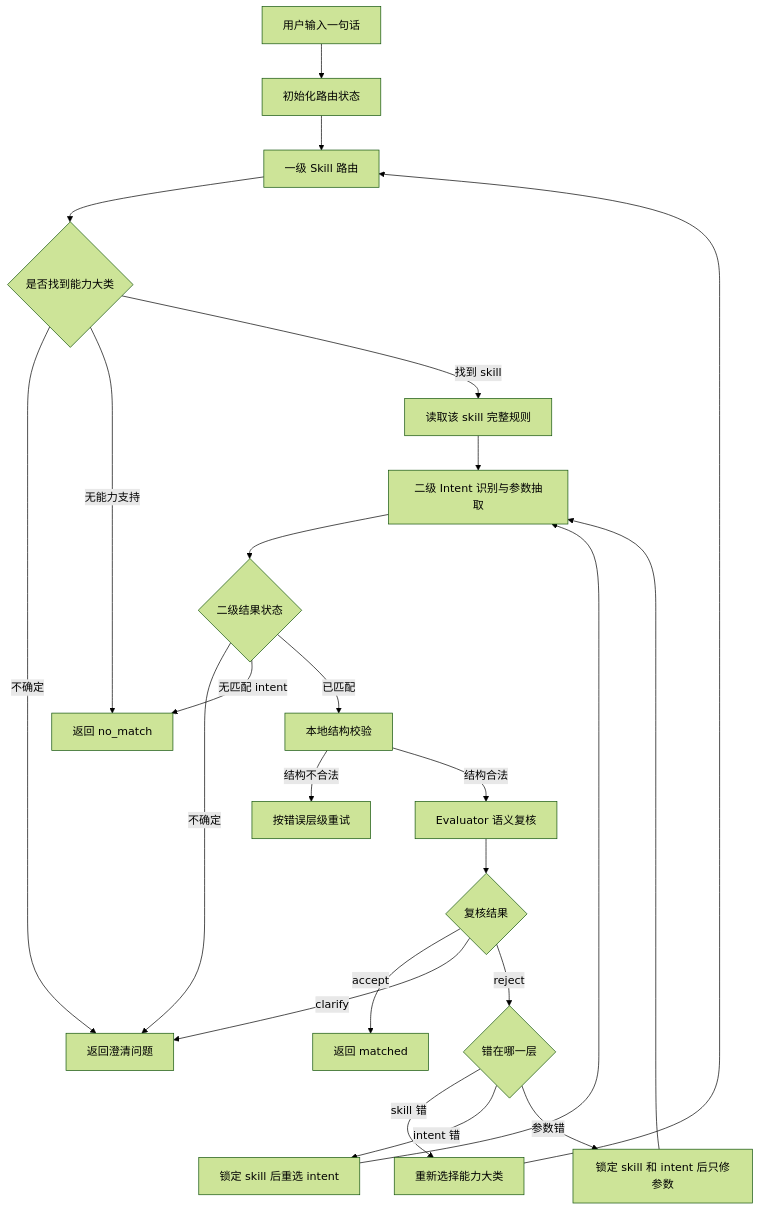
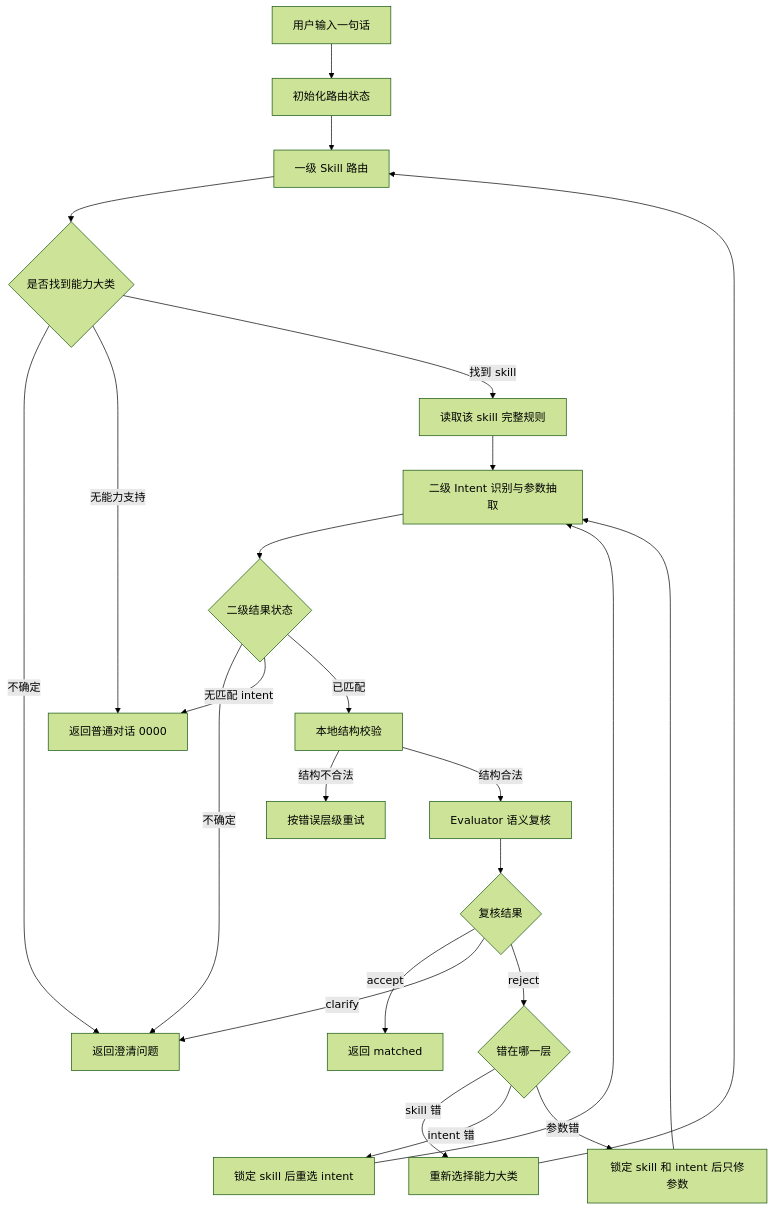
The second of 5 diagrams in 意图识别项目进展汇报.md (zhongdixiu/mcloud_intents_loop), drawn with Mermaid (forest theme) before and after one commit. The commit also changed other lines of this file and 6 other files, not shown here.

Commit message:
增加普通对话意图

````diff
--- a/意图识别项目进展汇报.md
+++ b/意图识别项目进展汇报.md
@@ -115,33 +115,33 @@
 ```mermaid
 flowchart TD
     A[用户输入一句话] --> B[初始化路由状态]
     B --> C[一级 Skill 路由]
     C --> D{是否找到能力大类}
 
     D -->|不确定| Q1[返回澄清问题]
-    D -->|无能力支持| N1[返回 no_match]
+    D -->|无能力支持| N1[返回普通对话 0000]
     D -->|找到 skill| E[读取该 skill 完整规则]
 
     E --> F[二级 Intent 识别与参数抽取]
     F --> G{二级结果状态}
 
     G -->|不确定| Q1
     G -->|无匹配 intent| N1
     G -->|已匹配| H[本地结构校验]
 
     H -->|结构不合法| L1[按错误层级重试]
     H -->|结构合法| I[Evaluator 语义复核]
 
     I --> J{复核结果}
     J -->|accept| M[返回 matched]
     J -->|clarify| Q1
     J -->|reject| K{错在哪一层}
 
     K -->|skill 错| R1[重新选择能力大类]
     K -->|intent 错| R2[锁定 skill 后重选 intent]
     K -->|参数错| R3[锁定 skill 和 intent 后只修参数]
 
     R1 --> C
     R2 --> F
     R3 --> F
 ```
````
